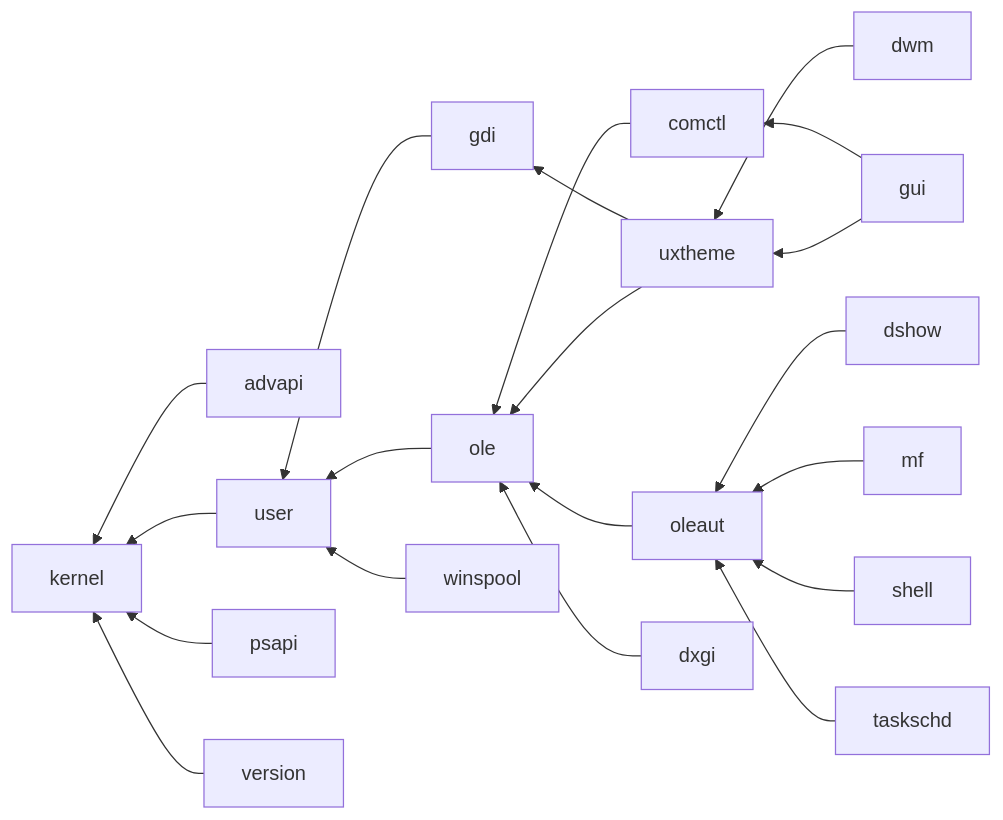
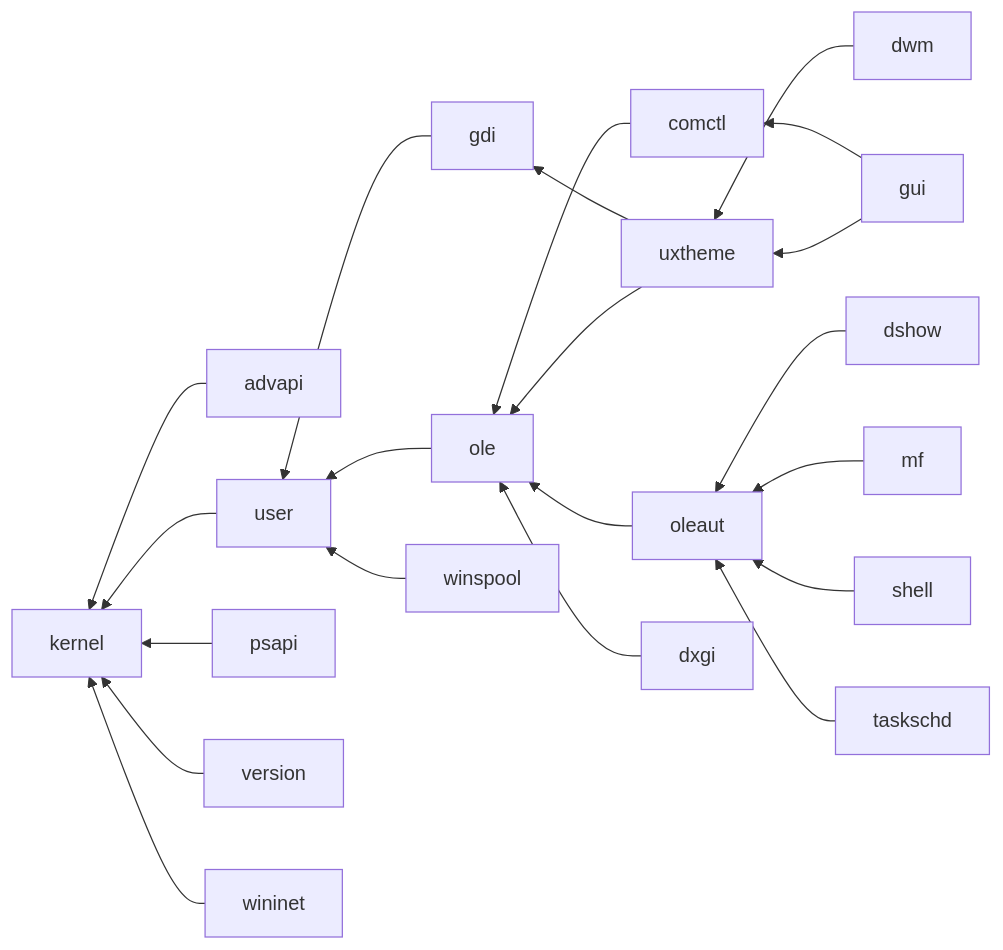
One commit to rodrigocfd/winsafe changed the diagram in features-chart.md. Above: the diagram before and after it, drawn with Mermaid. The commit also changed 13 other files, not shown here.

````diff
--- a/features-chart.md
+++ b/features-chart.md
@@ -5,22 +5,23 @@
 ```mermaid
 flowchart RL
     advapi --> kernel
     comctl --> ole
     dshow --> oleaut
     dwm --> uxtheme
     dxgi --> ole
     gdi --> user
     gui --> comctl
     gui --> uxtheme
     mf --> oleaut
     ole --> user
     oleaut --> ole
     psapi --> kernel
     shell --> oleaut
     taskschd --> oleaut
     user --> kernel
     uxtheme --> gdi
     uxtheme --> ole
     version --> kernel
+    wininet --> kernel
     winspool --> user
 ```
````
